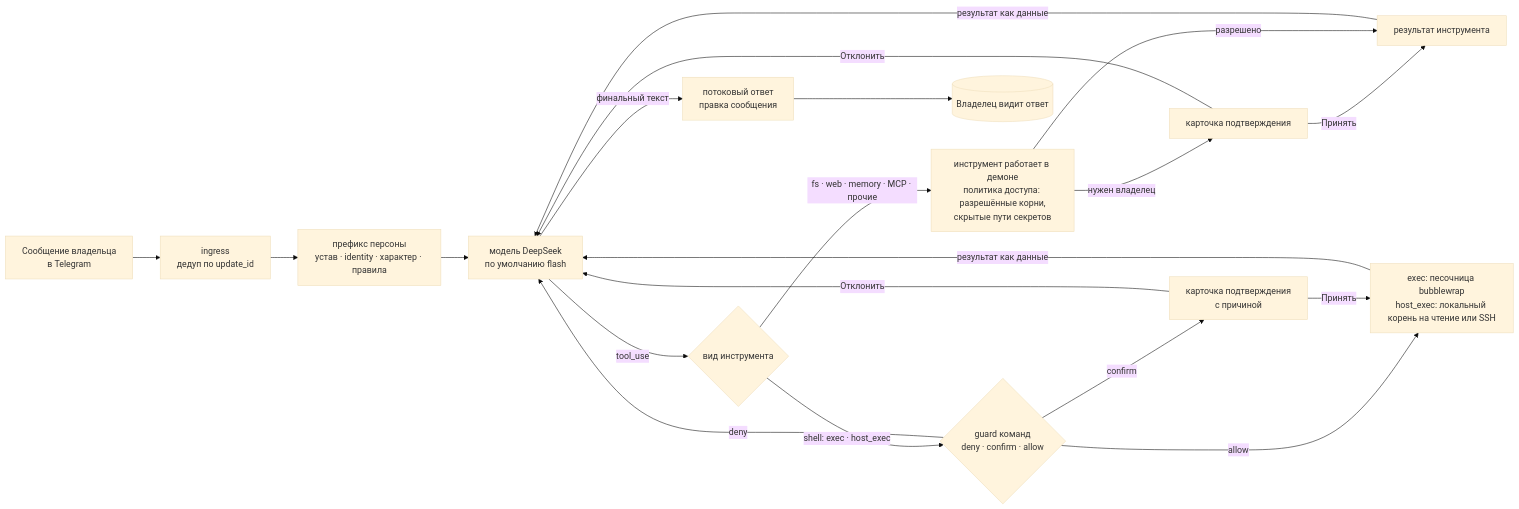
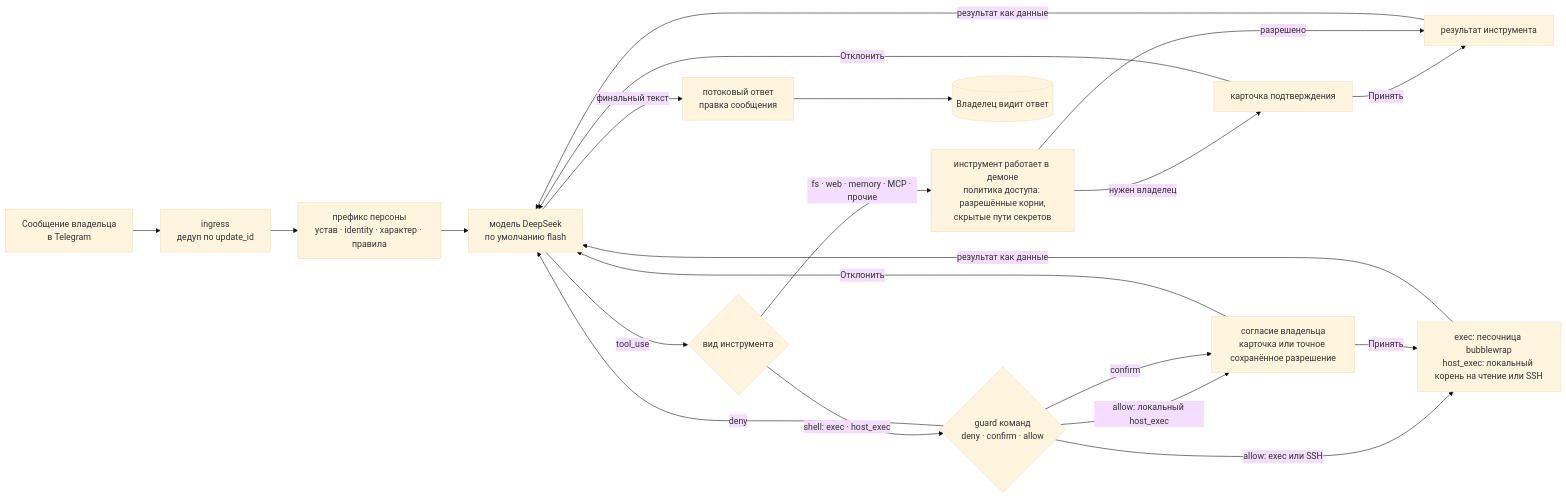
Before and after one commit to gon7187/dshbot-agent: the second of 4 diagrams in README.ru.md, drawn with Mermaid (base theme). The commit also changed other lines of this file and 454 other files, not shown here.

````diff
--- a/README.ru.md
+++ b/README.ru.md
@@ -93,22 +94,23 @@
 ```mermaid
 flowchart LR
   MSG[Сообщение владельца<br/>в Telegram] --> ING[ingress<br/>дедуп по update_id]
   ING --> PFX[префикс персоны<br/>устав · identity · характер · правила]
   PFX --> MODEL[модель DeepSeek<br/>по умолчанию flash]
   MODEL -->|tool_use| TOOL{вид инструмента}
   TOOL -->|shell: exec · host_exec| GUARD{guard команд<br/>deny · confirm · allow}
-  GUARD -->|allow| RUNTOOL[exec: песочница bubblewrap<br/>host_exec: локальный корень на чтение или SSH]
-  GUARD -->|confirm| CARD[карточка подтверждения<br/>с причиной]
+  GUARD -->|allow: exec или SSH| RUNTOOL[exec: песочница bubblewrap<br/>host_exec: локальный корень на чтение или SSH]
+  GUARD -->|allow: локальный host_exec| CARD
+  GUARD -->|confirm| CARD[согласие владельца<br/>карточка или точное сохранённое разрешение]
   GUARD -->|deny| MODEL
   CARD -->|Принять| RUNTOOL
   CARD -->|Отклонить| MODEL
   TOOL -->|fs · web · memory · MCP · прочие| POLICY[инструмент работает в демоне<br/>политика доступа: разрешённые корни,<br/>скрытые пути секретов]
   POLICY -->|нужен владелец| CARD2[карточка подтверждения]
   CARD2 -->|Принять| DIRECT[результат инструмента]
   CARD2 -->|Отклонить| MODEL
   POLICY -->|разрешено| DIRECT
   DIRECT -->|результат как данные| MODEL
   RUNTOOL -->|результат как данные| MODEL
   MODEL -->|финальный текст| STREAM[потоковый ответ<br/>правка сообщения]
   STREAM --> DONE[(Владелец видит ответ)]
 ```
````
